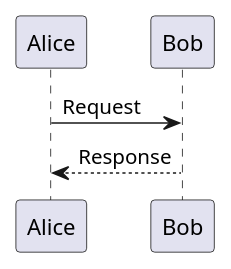
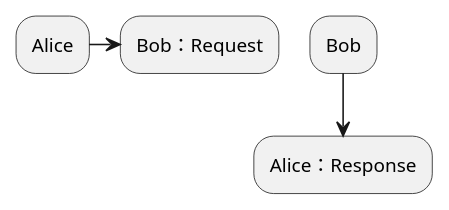
The diagram in test.md (Aso2001368/2021sys-design), drawn with PlantUML before and after one commit.

````diff
--- a/test.md
+++ b/test.md
@@ -1,6 +1,6 @@
 ```uml
 @startuml
-Alice -> Bob: Request
-Bob --> Alice: Response
+Alice -> Bob：Request
+Bob --> Alice：Response
 @enduml
 ```
````
